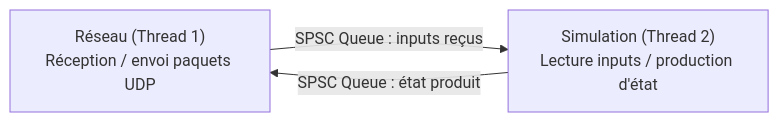
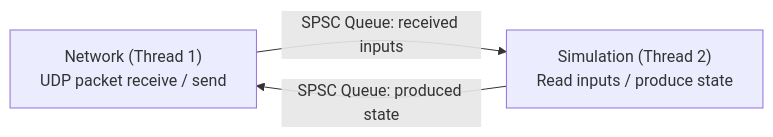
The third of 6 diagrams in docs/Books/LplKernel_Book.md (MasterLaplace/LplKernel), drawn with Mermaid before and after one commit. The commit also changed other lines of this file, not shown here.

Commit message:
docs: translate the technical content of LplKernel_Book mermaid into English and keep it up to date

````diff
--- a/docs/Books/LplKernel_Book.md
+++ b/docs/Books/LplKernel_Book.md
@@ -1574,7 +1574,7 @@
 ```mermaid
 graph LR
-    Net["Réseau (Thread 1)<br/>Réception / envoi paquets UDP"]
-    Sim["Simulation (Thread 2)<br/>Lecture inputs / production d'état"]
-    Net -->|"SPSC Queue : inputs reçus"| Sim
-    Sim -->|"SPSC Queue : état produit"| Net
+    Net["Network (Thread 1)<br/>UDP packet receive / send"]
+    Sim["Simulation (Thread 2)<br/>Read inputs / produce state"]
+    Net -->|"SPSC Queue: received inputs"| Sim
+    Sim -->|"SPSC Queue: produced state"| Net
 ```
````
